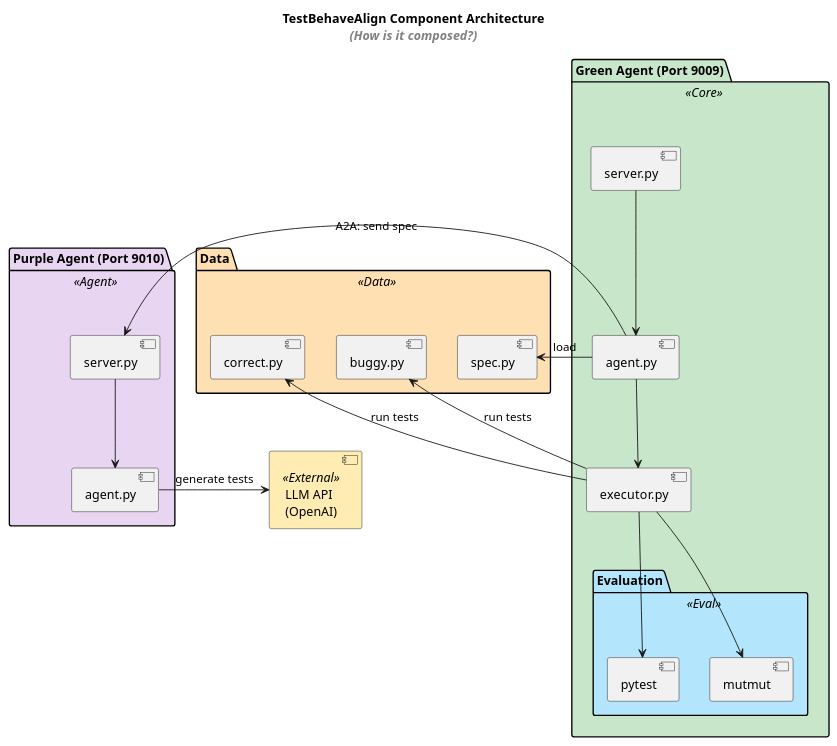
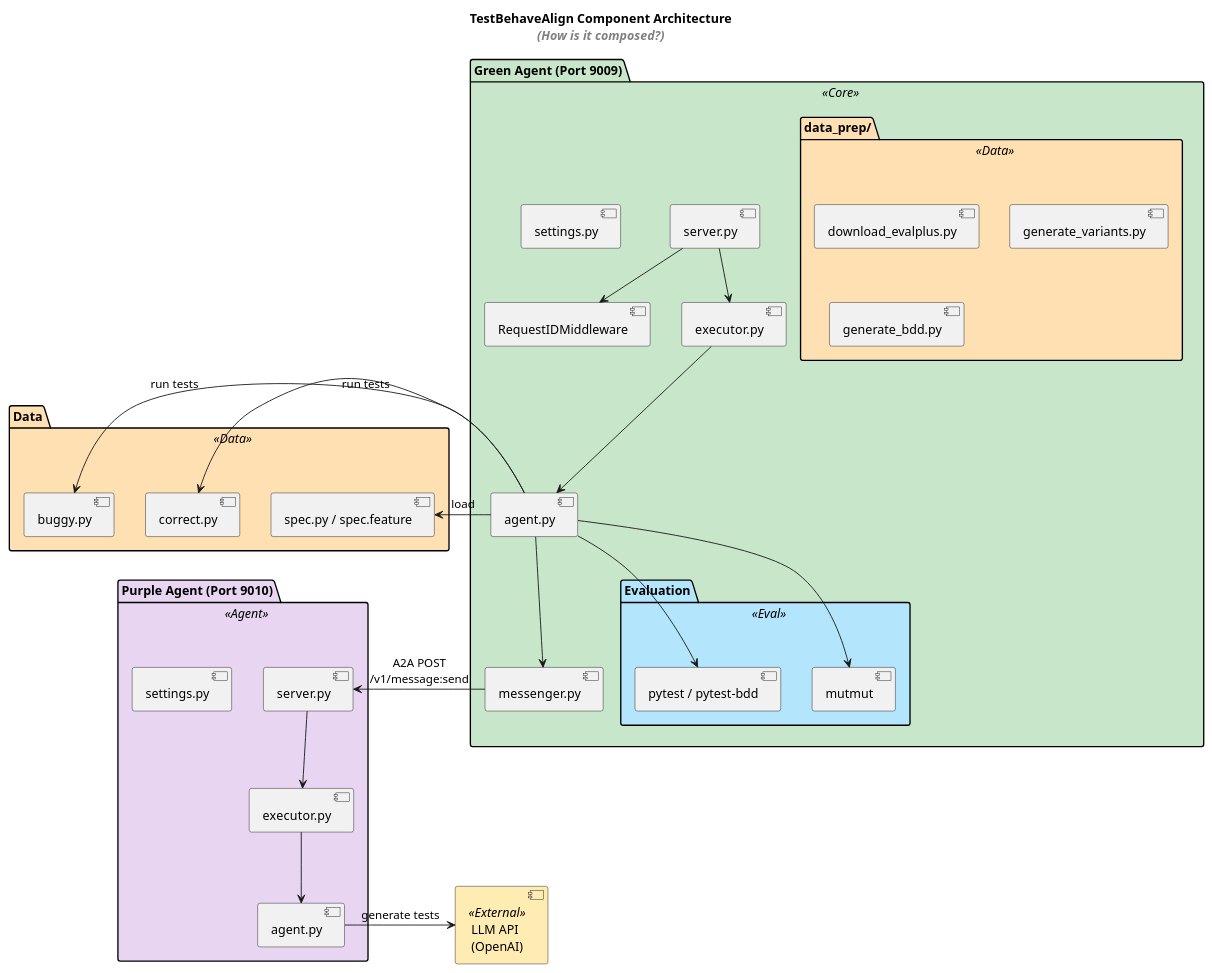
The diagram in docs/arch_vis/ComponentDiagram.puml (qte77/RDI-AgentBeats-TestBehaveAlign), drawn with PlantUML before and after one commit. The commit also changed 4 other files, not shown here.

First line of the commit message:
docs: align architecture and diagrams with Sprint 2 implementation

```diff
--- a/docs/arch_vis/ComponentDiagram.puml
+++ b/docs/arch_vis/ComponentDiagram.puml
@@ -1,48 +1,62 @@
 @startuml ComponentDiagram
 title TestBehaveAlign Component Architecture\n//<color:gray>(How is it composed?)</color>//
 
 skinparam component {
     BackgroundColor<<Agent>> #E8D5F2
     BackgroundColor<<Core>> #C8E6C9
     BackgroundColor<<Eval>> #B3E5FC
     BackgroundColor<<External>> #FFECB3
     BackgroundColor<<Data>> #FFE0B2
 }
 
 package "Data" <<Data>> #FFE0B2 {
-    component [spec.py] as Spec
+    component [spec.py / spec.feature] as Spec
     component [correct.py] as Correct
     component [buggy.py] as Buggy
 }
 
 component [LLM API\n(OpenAI)] as LLMApi <<External>> #FFECB3
 
 package "Purple Agent (Port 9010)" <<Agent>> #E8D5F2 {
     component [server.py] as PurpleServer
+    component [executor.py] as PurpleExecutor
     component [agent.py] as PurpleAgent
-    PurpleServer -down-> PurpleAgent
+    component [settings.py] as PurpleSettings
+    PurpleServer -down-> PurpleExecutor
+    PurpleExecutor -down-> PurpleAgent
     PurpleAgent -right-> LLMApi : generate tests
 }
 
 package "Green Agent (Port 9009)" <<Core>> #C8E6C9 {
     component [server.py] as GreenServer
+    component [RequestIDMiddleware] as Middleware
+    component [executor.py] as Executor
     component [agent.py] as GreenAgent
-    component [executor.py] as Executor
+    component [messenger.py] as Messenger
+    component [settings.py] as GreenSettings
 
     package "Evaluation" <<Eval>> #B3E5FC {
-        component [pytest] as Pytest
+        component [pytest / pytest-bdd] as Pytest
         component [mutmut] as Mutmut
     }
 
-    GreenServer -down-> GreenAgent
-    GreenAgent -down-> Executor
-    Executor -down-> Pytest
-    Executor -down-> Mutmut
+    package "data_prep/" <<Data>> #FFE0B2 {
+        component [download_evalplus.py] as Download
+        component [generate_variants.py] as Variants
+        component [generate_bdd.py] as BDD
+    }
+
+    GreenServer -down-> Middleware
+    GreenServer -down-> Executor
+    Executor -down-> GreenAgent
+    GreenAgent -down-> Messenger
+    GreenAgent -down-> Pytest
+    GreenAgent -down-> Mutmut
 }
 
 GreenAgent -left-> Spec : load
-GreenAgent -right-> PurpleServer : A2A: send spec
-Executor -left-> Correct : run tests
-Executor -left-> Buggy : run tests
+Messenger -right-> PurpleServer : A2A POST\n/v1/message:send
+GreenAgent -left-> Correct : run tests
+GreenAgent -left-> Buggy : run tests
 
 @enduml
```
